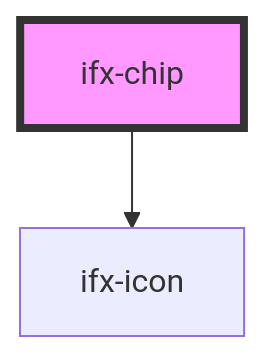
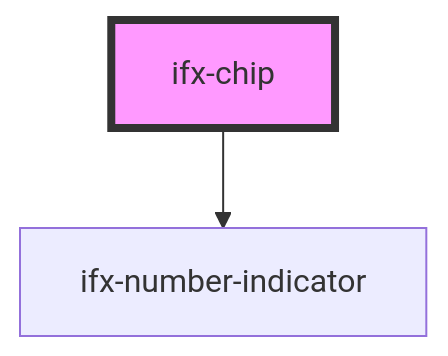
The diagram in packages/components/src/components/chip/readme.md (Infineon/infineon-design-system-stencil), drawn with Mermaid before and after one commit. The commit also changed other lines of this file and 12 other files, not shown here.

````diff
--- a/packages/components/src/components/chip/readme.md
+++ b/packages/components/src/components/chip/readme.md
@@ -23,5 +24,5 @@
 ```mermaid
 graph TD;
-  ifx-chip --> ifx-icon
+  ifx-chip --> ifx-number-indicator
   style ifx-chip fill:#f9f,stroke:#333,stroke-width:4px
 ```
````
